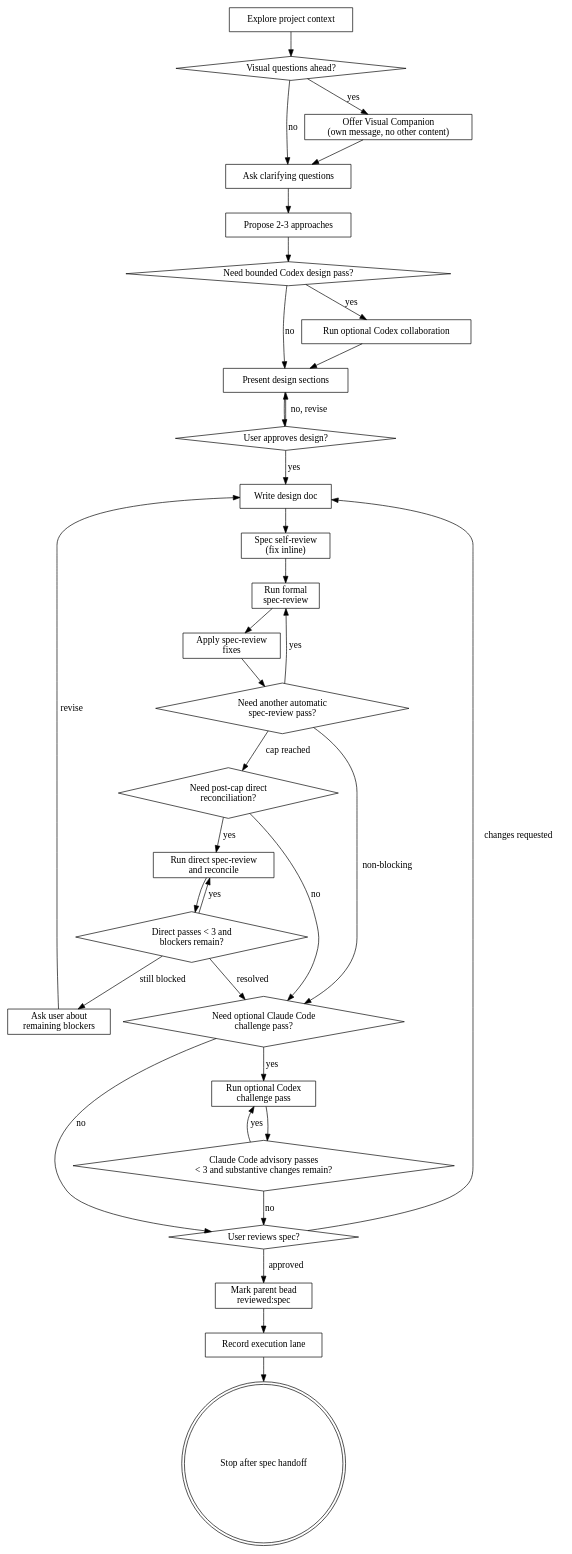
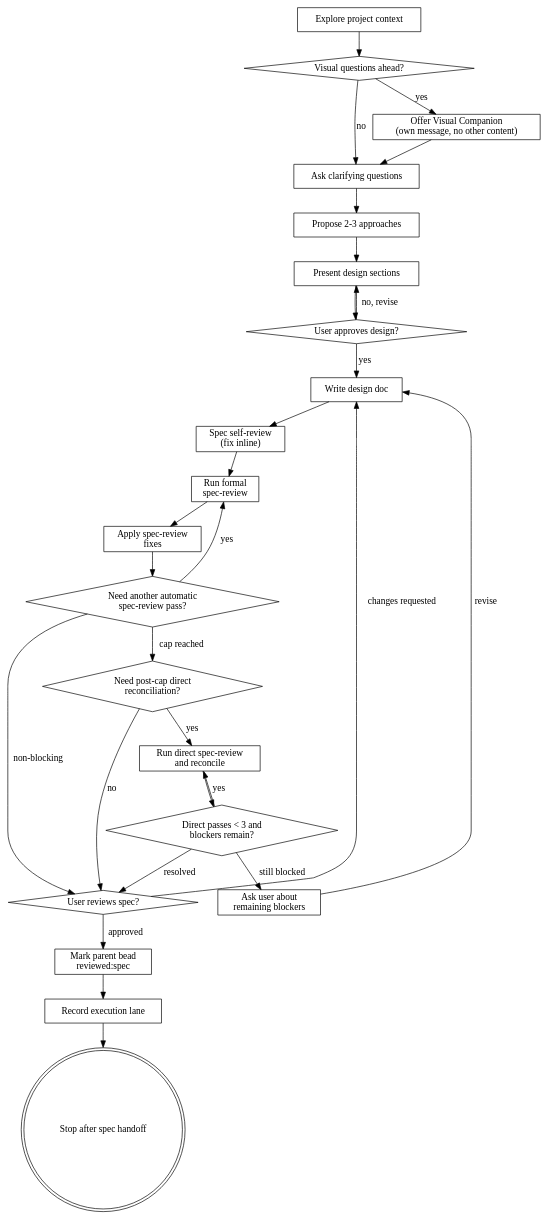
The diagram in skills/brainstorming/SKILL.md (nakkulla/superpowers), drawn with Graphviz before and after one commit. The commit also changed other lines of this file, not shown here.

Commit message:
brainstorming Codex sidecar 호출 제거

````diff
--- a/skills/brainstorming/SKILL.md
+++ b/skills/brainstorming/SKILL.md
@@ -122,65 +120,52 @@
 ```dot
 digraph brainstorming {
     "Explore project context" [shape=box];
     "Visual questions ahead?" [shape=diamond];
     "Offer Visual Companion\n(own message, no other content)" [shape=box];
     "Ask clarifying questions" [shape=box];
     "Propose 2-3 approaches" [shape=box];
-    "Need bounded Codex design pass?" [shape=diamond];
-    "Run optional Codex collaboration" [shape=box];
     "Present design sections" [shape=box];
     "User approves design?" [shape=diamond];
     "Write design doc" [shape=box];
     "Spec self-review\n(fix inline)" [shape=box];
     "Run formal\nspec-review" [shape=box];
     "Apply spec-review\nfixes" [shape=box];
     "Need another automatic\nspec-review pass?" [shape=diamond];
     "Need post-cap direct\nreconciliation?" [shape=diamond];
     "Run direct spec-review\nand reconcile" [shape=box];
     "Direct passes < 3 and\nblockers remain?" [shape=diamond];
     "Ask user about\nremaining blockers" [shape=box];
-    "Need optional Claude Code\nchallenge pass?" [shape=diamond];
-    "Run optional Codex\nchallenge pass" [shape=box];
-    "Claude Code advisory passes\n< 3 and substantive changes remain?" [shape=diamond];
     "User reviews spec?" [shape=diamond];
     "Mark parent bead\nreviewed:spec" [shape=box];
     "Record execution lane" [shape=box];
     "Stop after spec handoff" [shape=doublecircle];
 
     "Explore project context" -> "Visual questions ahead?";
     "Visual questions ahead?" -> "Offer Visual Companion\n(own message, no other content)" [label="yes"];
     "Visual questions ahead?" -> "Ask clarifying questions" [label="no"];
     "Offer Visual Companion\n(own message, no other content)" -> "Ask clarifying questions";
     "Ask clarifying questions" -> "Propose 2-3 approaches";
-    "Propose 2-3 approaches" -> "Need bounded Codex design pass?";
-    "Need bounded Codex design pass?" -> "Run optional Codex collaboration" [label="yes"];
-    "Need bounded Codex design pass?" -> "Present design sections" [label="no"];
-    "Run optional Codex collaboration" -> "Present design sections";
+    "Propose 2-3 approaches" -> "Present design sections";
     "Present design sections" -> "User approves design?";
     "User approves design?" -> "Present design sections" [label="no, revise"];
     "User approves design?" -> "Write design doc" [label="yes"];
     "Write design doc" -> "Spec self-review\n(fix inline)";
     "Spec self-review\n(fix inline)" -> "Run formal\nspec-review";
     "Run formal\nspec-review" -> "Apply spec-review\nfixes";
     "Apply spec-review\nfixes" -> "Need another automatic\nspec-review pass?";
     "Need another automatic\nspec-review pass?" -> "Run formal\nspec-review" [label="yes"];
     "Need another automatic\nspec-review pass?" -> "Need post-cap direct\nreconciliation?" [label="cap reached"];
-    "Need another automatic\nspec-review pass?" -> "Need optional Claude Code\nchallenge pass?" [label="non-blocking"];
+    "Need another automatic\nspec-review pass?" -> "User reviews spec?" [label="non-blocking"];
     "Need post-cap direct\nreconciliation?" -> "Run direct spec-review\nand reconcile" [label="yes"];
-    "Need post-cap direct\nreconciliation?" -> "Need optional Claude Code\nchallenge pass?" [label="no"];
+    "Need post-cap direct\nreconciliation?" -> "User reviews spec?" [label="no"];
     "Run direct spec-review\nand reconcile" -> "Direct passes < 3 and\nblockers remain?";
     "Direct passes < 3 and\nblockers remain?" -> "Run direct spec-review\nand reconcile" [label="yes"];
     "Direct passes < 3 and\nblockers remain?" -> "Ask user about\nremaining blockers" [label="still blocked"];
-    "Direct passes < 3 and\nblockers remain?" -> "Need optional Claude Code\nchallenge pass?" [label="resolved"];
+    "Direct passes < 3 and\nblockers remain?" -> "User reviews spec?" [label="resolved"];
     "Ask user about\nremaining blockers" -> "Write design doc" [label="revise"];
-    "Need optional Claude Code\nchallenge pass?" -> "Run optional Codex\nchallenge pass" [label="yes"];
-    "Need optional Claude Code\nchallenge pass?" -> "User reviews spec?" [label="no"];
-    "Run optional Codex\nchallenge pass" -> "Claude Code advisory passes\n< 3 and substantive changes remain?";
-    "Claude Code advisory passes\n< 3 and substantive changes remain?" -> "Run optional Codex\nchallenge pass" [label="yes"];
-    "Claude Code advisory passes\n< 3 and substantive changes remain?" -> "User reviews spec?" [label="no"];
     "User reviews spec?" -> "Write design doc" [label="changes requested"];
     "User reviews spec?" -> "Mark parent bead\nreviewed:spec" [label="approved"];
     "Mark parent bead\nreviewed:spec" -> "Record execution lane";
     "Record execution lane" -> "Stop after spec handoff";
 }
 ```
````
